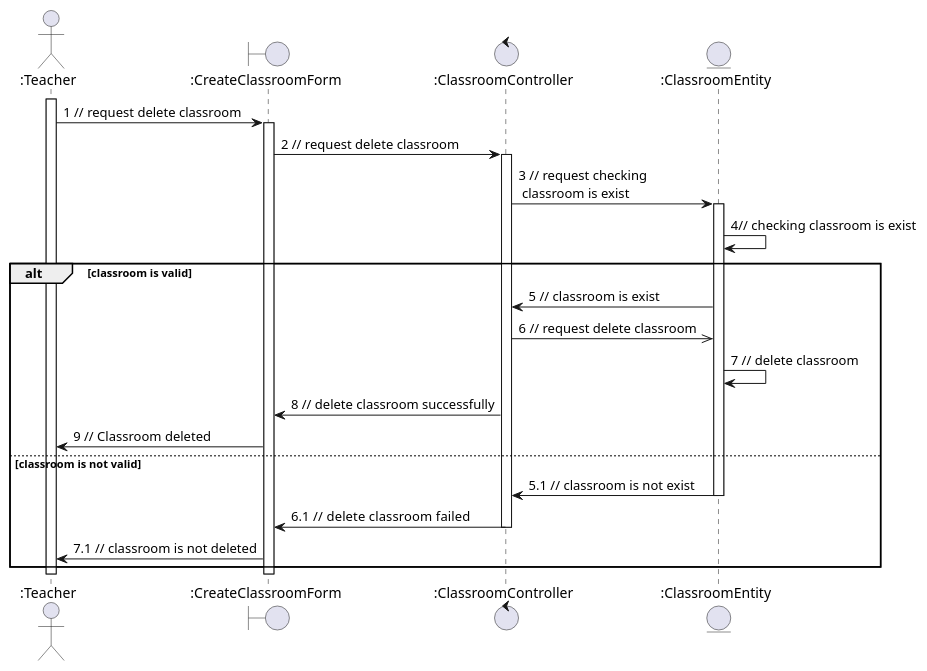
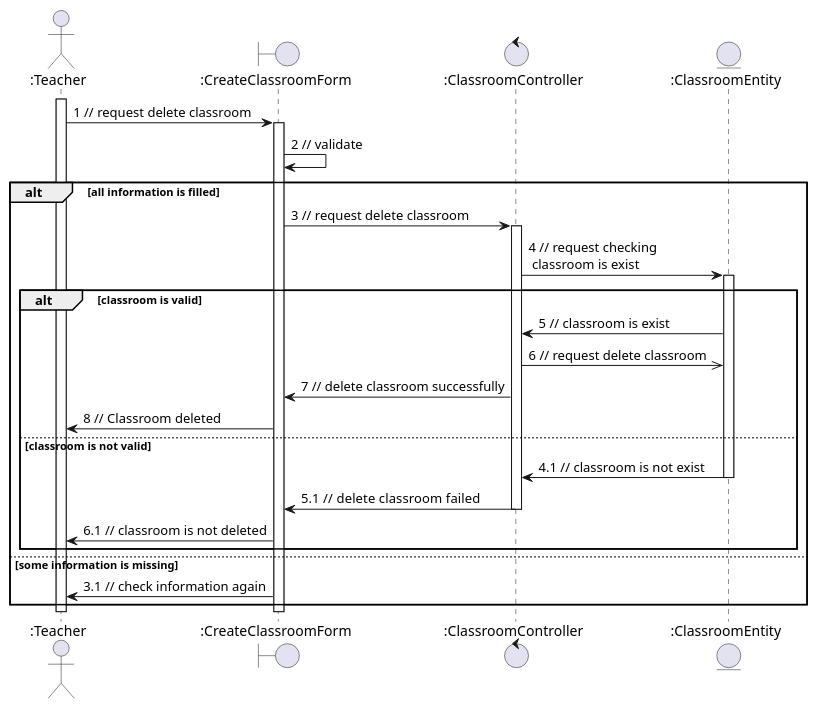
One commit to anonyhostvn/OOAD-Diagram changed the diagram in sequence - analaysis/classroom/deleteClass.plantuml. Above: the diagram before and after it, drawn with PlantUML. The commit also changed 3 other files, not shown here.

```diff
--- a/sequence - analaysis/classroom/deleteClass.plantuml
+++ b/sequence - analaysis/classroom/deleteClass.plantuml
@@ -1,33 +1,36 @@
 @startuml deleteClass
 
 actor ":Teacher"
 boundary ":CreateClassroomForm"
 control ":ClassroomController"
 entity ":ClassroomEntity"
 
 activate ":Teacher"
 ":Teacher" -> ":CreateClassroomForm": 1 // request delete classroom
 activate ":CreateClassroomForm"
-":CreateClassroomForm" -> ":ClassroomController": 2 // request delete classroom
-activate ":ClassroomController"
-":ClassroomController" -> ":ClassroomEntity": 3 // request checking \n classroom is exist
-activate ":ClassroomEntity"
-":ClassroomEntity" -> ":ClassroomEntity": 4// checking classroom is exist
-alt classroom is valid
-    ":ClassroomEntity" -> ":ClassroomController": 5 // classroom is exist 
-    ":ClassroomController" ->> ":ClassroomEntity": 6 // request delete classroom
-    ":ClassroomEntity" -> ":ClassroomEntity": 7 // delete classroom 
-    ":ClassroomController" -> ":CreateClassroomForm": 8 // delete classroom successfully
-    ":CreateClassroomForm" -> ":Teacher": 9 // Classroom deleted
-else classroom is not valid
-    ":ClassroomEntity" -> ":ClassroomController": 5.1 // classroom is not exist
-    deactivate ":ClassroomEntity"
-    ":ClassroomController" -> ":CreateClassroomForm": 6.1 // delete  classroom failed
-    deactivate ":ClassroomController"
-    ":CreateClassroomForm" -> ":Teacher": 7.1 // classroom is not deleted
+":CreateClassroomForm" -> ":CreateClassroomForm": 2 // validate
+alt all information is filled
+    ":CreateClassroomForm" -> ":ClassroomController": 3 // request delete classroom
+    activate ":ClassroomController"
+    ":ClassroomController" -> ":ClassroomEntity": 4 // request checking \n classroom is exist
+    activate ":ClassroomEntity"
+    alt classroom is valid
+        ":ClassroomEntity" -> ":ClassroomController": 5 // classroom is exist 
+        ":ClassroomController" ->> ":ClassroomEntity": 6 // request delete classroom
+        ":ClassroomController" -> ":CreateClassroomForm": 7 // delete classroom successfully
+        ":CreateClassroomForm" -> ":Teacher": 8 // Classroom deleted
+    else classroom is not valid
+        ":ClassroomEntity" -> ":ClassroomController": 4.1 // classroom is not exist
+        deactivate ":ClassroomEntity"
+        ":ClassroomController" -> ":CreateClassroomForm": 5.1 // delete  classroom failed
+        deactivate ":ClassroomController"
+        ":CreateClassroomForm" -> ":Teacher": 6.1 // classroom is not deleted
+    end
+else some information is missing
+    ":CreateClassroomForm" -> ":Teacher": 3.1 // check information again
 end
 
 deactivate ":CreateClassroomForm"
 deactivate ":Teacher"
 
 @enduml
```
